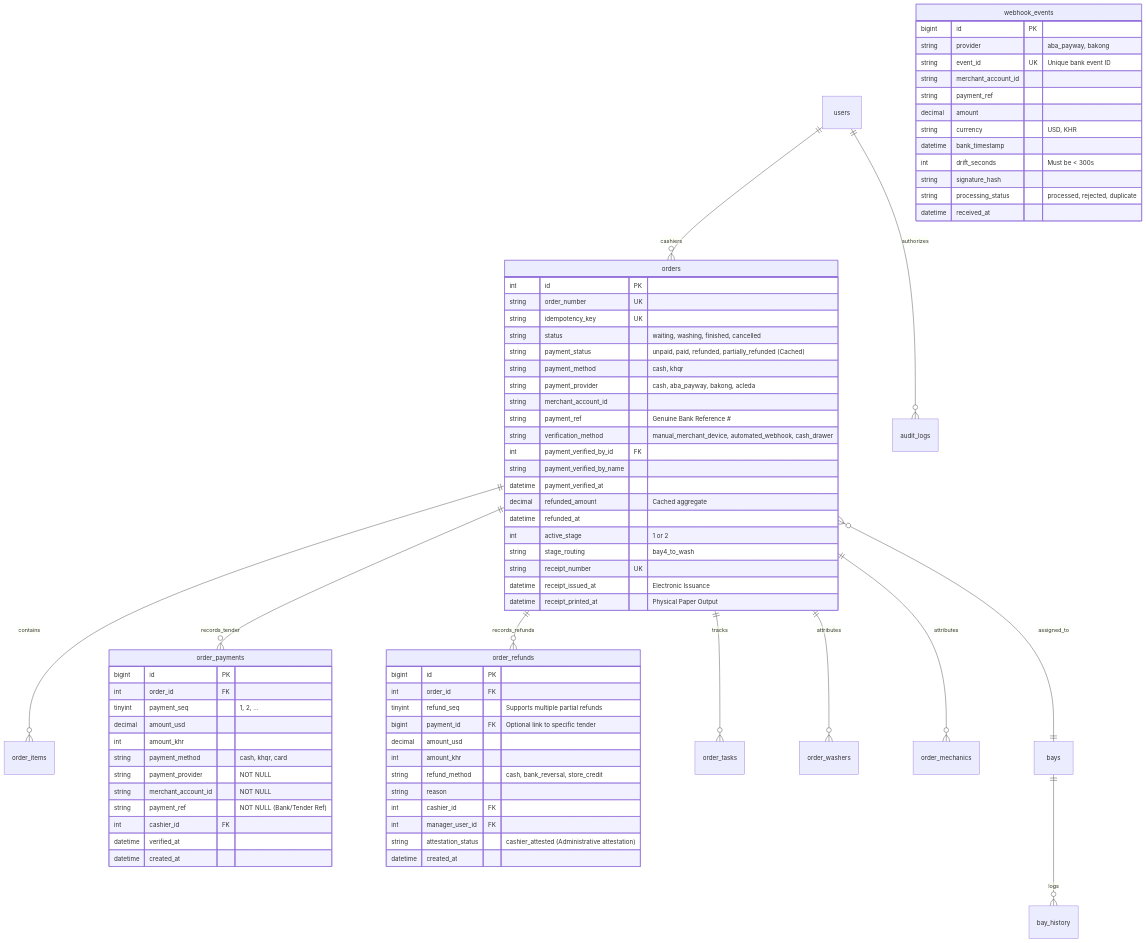
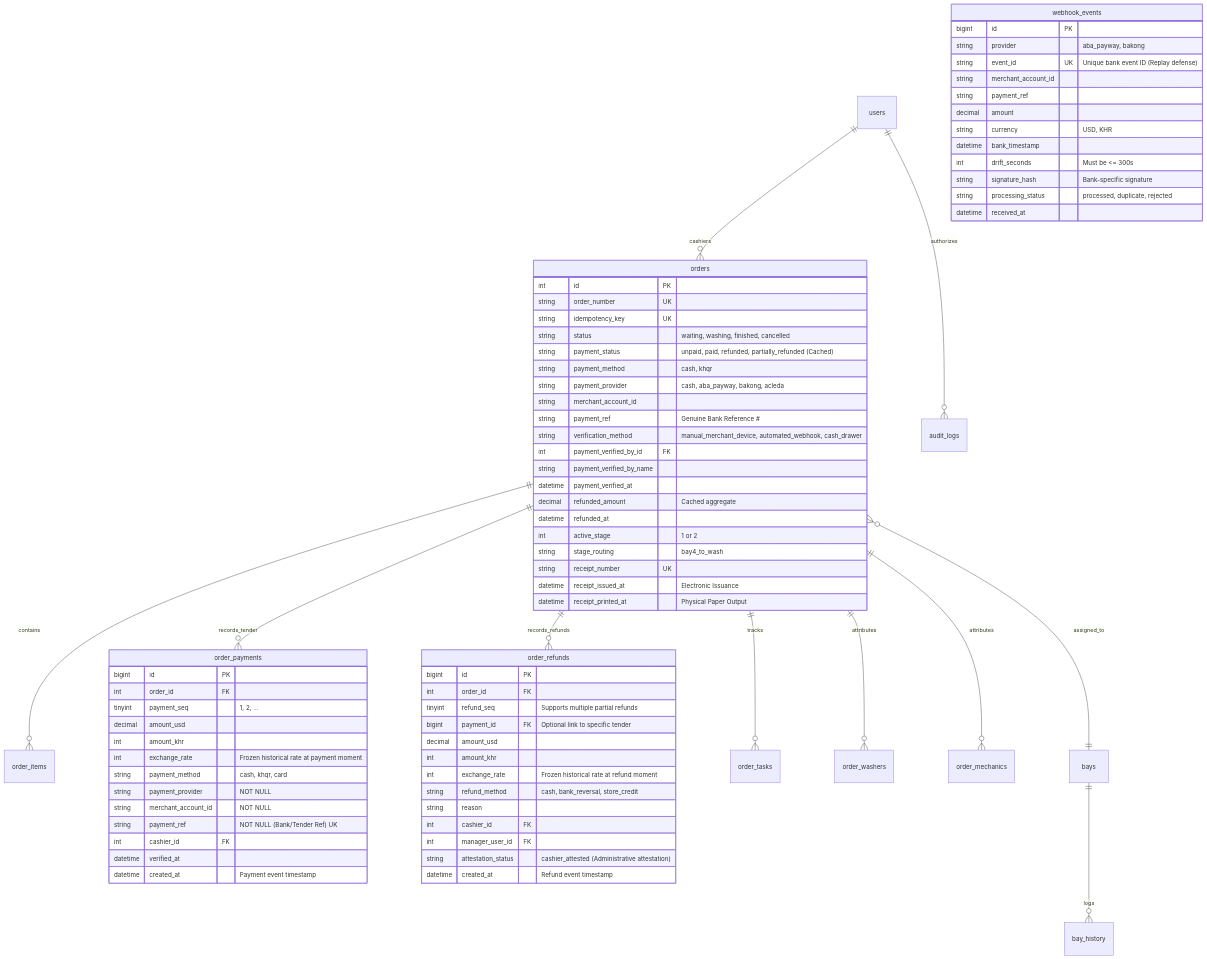
Before and after one commit to Tiffy-gif/Car-WashService: the second of 2 diagrams in POS-IMPLEMENTATION-DEPENDENCY-MAP.md, drawn with Mermaid. The commit also changed other lines of this file and 4 other files, not shown here.

````diff
--- a/POS-IMPLEMENTATION-DEPENDENCY-MAP.md
+++ b/POS-IMPLEMENTATION-DEPENDENCY-MAP.md
@@ -376,13 +379,14 @@
         tinyint payment_seq "1, 2, ..."
         decimal amount_usd
         int amount_khr
+        int exchange_rate "Frozen historical rate at payment moment"
         string payment_method "cash, khqr, card"
         string payment_provider "NOT NULL"
         string merchant_account_id "NOT NULL"
-        string payment_ref "NOT NULL (Bank/Tender Ref)"
+        string payment_ref "NOT NULL (Bank/Tender Ref) UK"
         int cashier_id FK
         datetime verified_at
-        datetime created_at
+        datetime created_at "Payment event timestamp"
     }
 
     order_refunds {
@@ -392,26 +396,27 @@
         bigint payment_id FK "Optional link to specific tender"
         decimal amount_usd
         int amount_khr
+        int exchange_rate "Frozen historical rate at refund moment"
         string refund_method "cash, bank_reversal, store_credit"
         string reason
         int cashier_id FK
         int manager_user_id FK
         string attestation_status "cashier_attested (Administrative attestation)"
-        datetime created_at
+        datetime created_at "Refund event timestamp"
     }
 
     webhook_events {
         bigint id PK
         string provider "aba_payway, bakong"
-        string event_id UK "Unique bank event ID"
+        string event_id UK "Unique bank event ID (Replay defense)"
         string merchant_account_id
         string payment_ref
         decimal amount
         string currency "USD, KHR"
         datetime bank_timestamp
-        int drift_seconds "Must be < 300s"
-        string signature_hash
-        string processing_status "processed, rejected, duplicate"
+        int drift_seconds "Must be <= 300s"
+        string signature_hash "Bank-specific signature"
+        string processing_status "processed, duplicate, rejected"
         datetime received_at
     }
 ```
````
